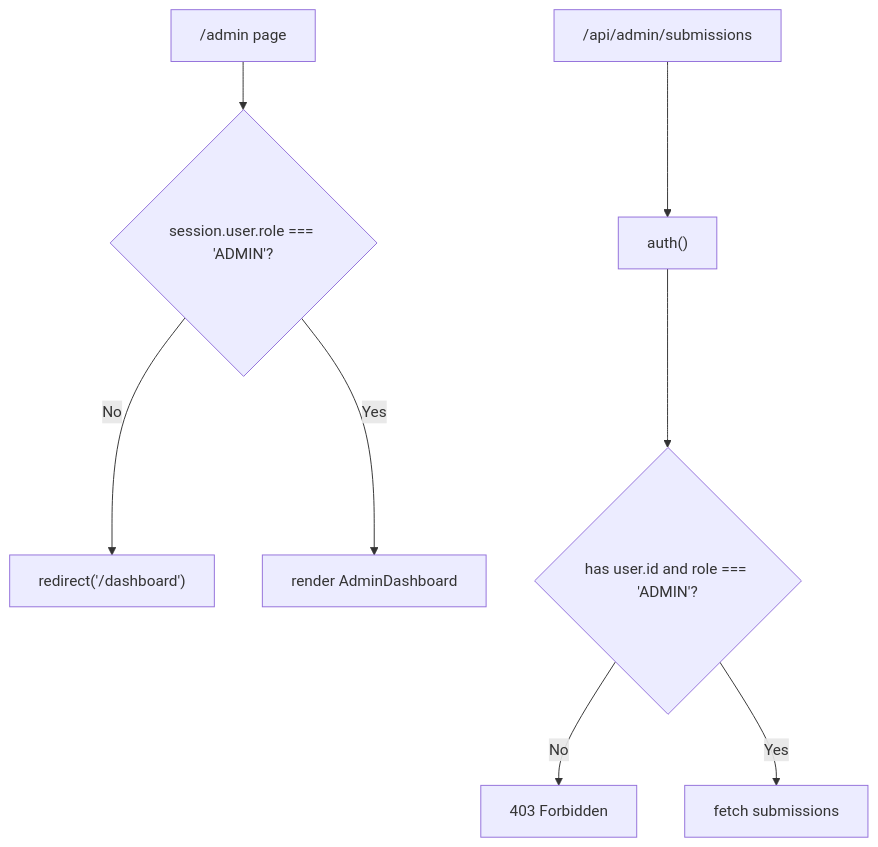
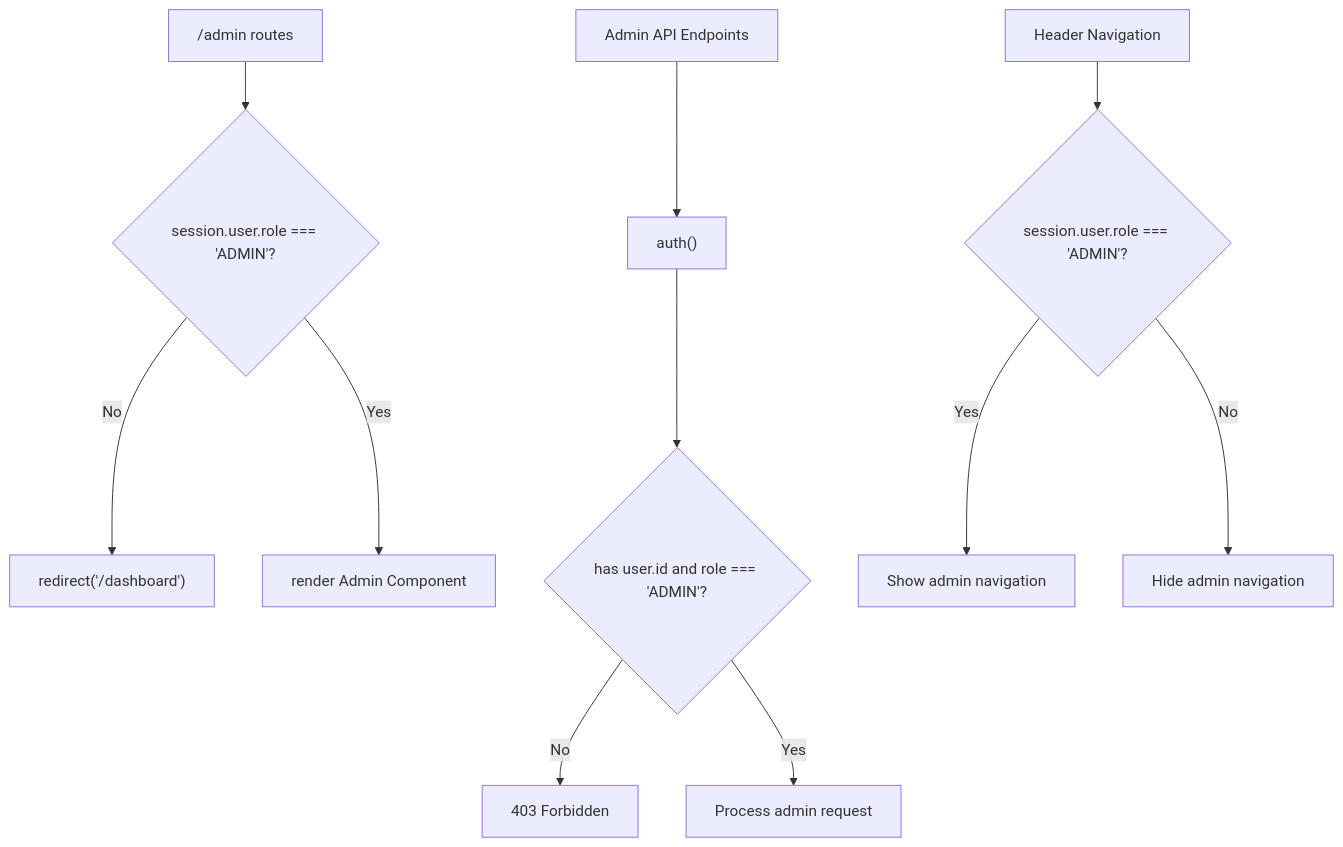
Before and after one commit to Crowdspender/titchybooks-app: the eighth of 11 diagrams in .qoder/repowiki/en/content/Authentication & Authorization/Authentication & Authorization.md, drawn with Mermaid. The commit also changed other lines of this file and 62 other files, not shown here.

````diff
--- a/.qoder/repowiki/en/content/Authentication & Authorization/Authentication & Authorization.md
+++ b/.qoder/repowiki/en/content/Authentication & Authorization/Authentication & Authorization.md
@@ -311,10 +387,13 @@
 ```mermaid
 flowchart TD
-A["/admin page"] --> CheckRole{"session.user.role === 'ADMIN'?"}
+A["/admin routes"] --> CheckRole{"session.user.role === 'ADMIN'?"}
 CheckRole --> |No| RedirectDash["redirect('/dashboard')"]
-CheckRole --> |Yes| RenderAdmin["render AdminDashboard"]
-B["/api/admin/submissions"] --> CheckAuth["auth()"]
+CheckRole --> |Yes| RenderAdmin["render Admin Component"]
+B["Admin API Endpoints"] --> CheckAuth["auth()"]
 CheckAuth --> CheckRole2{"has user.id and role === 'ADMIN'?"}
 CheckRole2 --> |No| Forbidden["403 Forbidden"]
-CheckRole2 --> |Yes| FetchSubs["fetch submissions"]
+CheckRole2 --> |Yes| ProcessReq["Process admin request"]
+C["Header Navigation"] --> CheckRole3{"session.user.role === 'ADMIN'?"}
+CheckRole3 --> |Yes| ShowAdminLinks["Show admin navigation"]
+CheckRole3 --> |No| HideAdminLinks["Hide admin navigation"]
 ```
````
